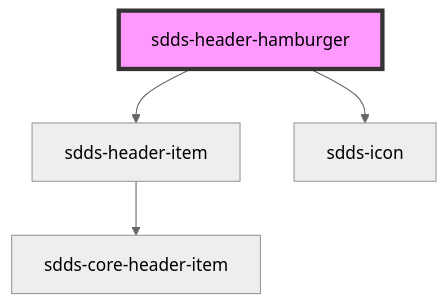
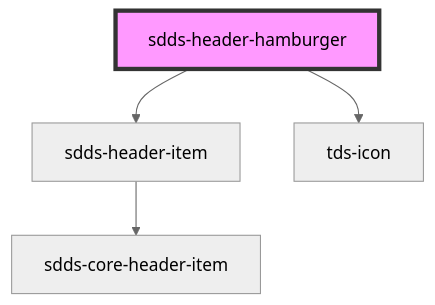
Before and after one commit to scania-digital-design-system/tegel: the diagram in core/src/components/header/webcomponent/header-hamburger/readme.md, drawn with Mermaid (neutral theme). The commit also changed other lines of this file and 75 other files, not shown here.

````diff
--- a/core/src/components/header/webcomponent/header-hamburger/readme.md
+++ b/core/src/components/header/webcomponent/header-hamburger/readme.md
@@ -33,7 +33,7 @@
 ```mermaid
 graph TD;
   sdds-header-hamburger --> sdds-header-item
-  sdds-header-hamburger --> sdds-icon
+  sdds-header-hamburger --> tds-icon
   sdds-header-item --> sdds-core-header-item
   style sdds-header-hamburger fill:#f9f,stroke:#333,stroke-width:4px
 ```
````
